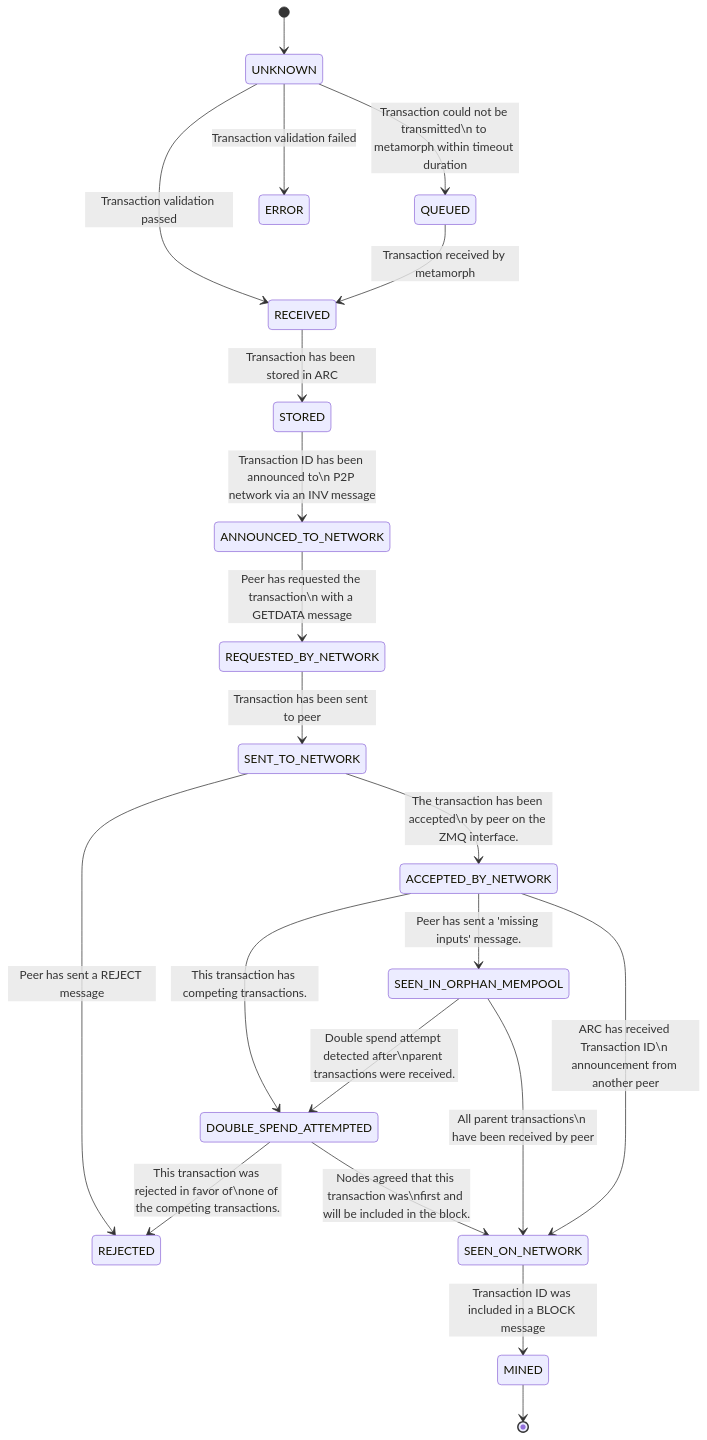
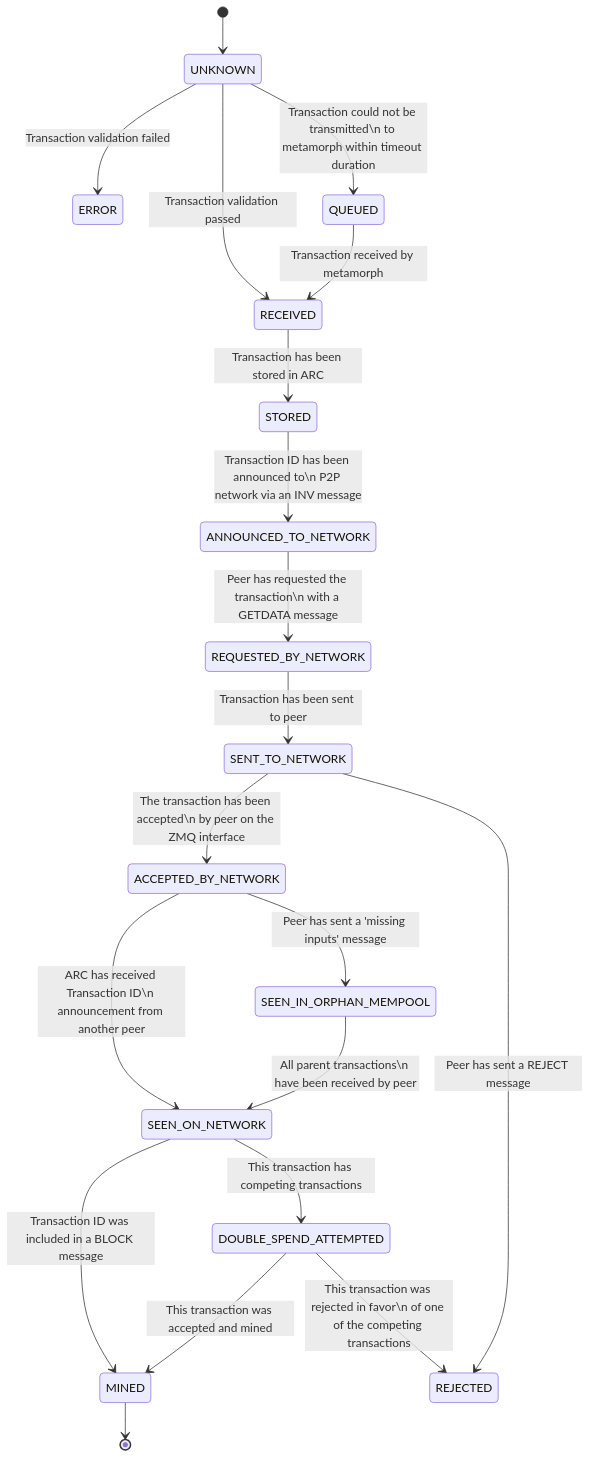
The first of 6 diagrams in doc/README.md (bitcoin-sv/arc), drawn with Mermaid before and after one commit. The commit also changed 9 other files, not shown here.

Commit message:
feat(ARCO-159): make DOUBLE_SPEND_ATTEMPTED higher code than SEEN_ON_NETWORK

````diff
--- a/doc/README.md
+++ b/doc/README.md
@@ -28,38 +28,37 @@
 ```mermaid
 stateDiagram-v2
     state UNKNOWN
     state QUEUED
     state RECEIVED
     state STORED
     state ANNOUNCED_TO_NETWORK
     state ERROR
     state REQUESTED_BY_NETWORK
     state SENT_TO_NETWORK
     state ACCEPTED_BY_NETWORK
     state SEEN_IN_ORPHAN_MEMPOOL
     state DOUBLE_SPEND_ATTEMPTED
     state SEEN_ON_NETWORK
     state REJECTED
     state MINED
 
     [*] --> UNKNOWN
+    UNKNOWN --> ERROR: Transaction validation failed
     UNKNOWN --> RECEIVED: Transaction validation passed
     UNKNOWN --> QUEUED: Transaction could not be transmitted\n to metamorph within timeout duration
     QUEUED --> RECEIVED: Transaction received by metamorph
-    UNKNOWN --> ERROR: Transaction validation failed
     RECEIVED --> STORED: Transaction has been stored in ARC
     STORED --> ANNOUNCED_TO_NETWORK: Transaction ID has been announced to\n P2P network via an INV message
     ANNOUNCED_TO_NETWORK --> REQUESTED_BY_NETWORK: Peer has requested the transaction\n with a GETDATA message
     REQUESTED_BY_NETWORK --> SENT_TO_NETWORK: Transaction has been sent to peer
+    SENT_TO_NETWORK --> ACCEPTED_BY_NETWORK: The transaction has been accepted\n by peer on the ZMQ interface
     SENT_TO_NETWORK --> REJECTED: Peer has sent a REJECT message
-    SENT_TO_NETWORK --> ACCEPTED_BY_NETWORK: The transaction has been accepted\n by peer on the ZMQ interface.
-    ACCEPTED_BY_NETWORK --> DOUBLE_SPEND_ATTEMPTED: This transaction has competing transactions.
-    DOUBLE_SPEND_ATTEMPTED --> SEEN_ON_NETWORK: Nodes agreed that this transaction was\nfirst and will be included in the block.
-    DOUBLE_SPEND_ATTEMPTED --> REJECTED: This transaction was rejected in favor of\none of the competing transactions.
-    ACCEPTED_BY_NETWORK --> SEEN_IN_ORPHAN_MEMPOOL: Peer has sent a 'missing inputs' message.
+    ACCEPTED_BY_NETWORK --> SEEN_ON_NETWORK: ARC has received Transaction ID\n announcement from another peer
+    ACCEPTED_BY_NETWORK --> SEEN_IN_ORPHAN_MEMPOOL: Peer has sent a 'missing inputs' message
     SEEN_IN_ORPHAN_MEMPOOL --> SEEN_ON_NETWORK: All parent transactions\n have been received by peer
-    SEEN_IN_ORPHAN_MEMPOOL --> DOUBLE_SPEND_ATTEMPTED: Double spend attempt detected after\nparent transactions were received.
-    ACCEPTED_BY_NETWORK --> SEEN_ON_NETWORK: ARC has received Transaction ID\n announcement from another peer
     SEEN_ON_NETWORK --> MINED: Transaction ID was included in a BLOCK message
+    SEEN_ON_NETWORK --> DOUBLE_SPEND_ATTEMPTED: This transaction has competing transactions
+    DOUBLE_SPEND_ATTEMPTED --> MINED: This transaction was accepted and mined
+    DOUBLE_SPEND_ATTEMPTED --> REJECTED: This transaction was rejected in favor\n of one of the competing transactions
     MINED --> [*]
 ```
````
